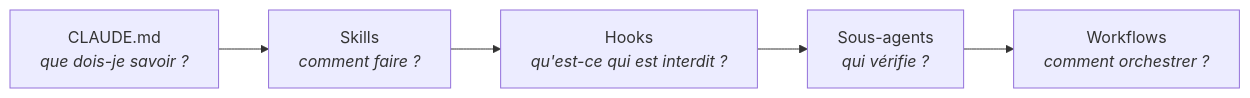
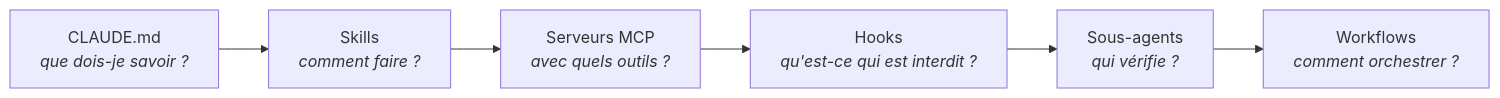
Before and after one commit to Lbatisseur/projet-claude: the diagram in README.md, drawn with Mermaid. The commit also changed other lines of this file and 8 other files, not shown here.

First line of the commit message:
feat(mcp): ajoute le navigateur Playwright et étend la protection des secrets aux outils MCP

````diff
--- a/README.md
+++ b/README.md
@@ -42,7 +42,8 @@
 ```mermaid
 flowchart LR
     A["CLAUDE.md<br/><i>que dois-je savoir ?</i>"] --> B["Skills<br/><i>comment faire ?</i>"]
-    B --> C["Hooks<br/><i>qu'est-ce qui est interdit ?</i>"]
+    B --> M["Serveurs MCP<br/><i>avec quels outils ?</i>"]
+    M --> C["Hooks<br/><i>qu'est-ce qui est interdit ?</i>"]
     C --> D["Sous-agents<br/><i>qui vérifie ?</i>"]
     D --> E["Workflows<br/><i>comment orchestrer ?</i>"]
 ```
````
